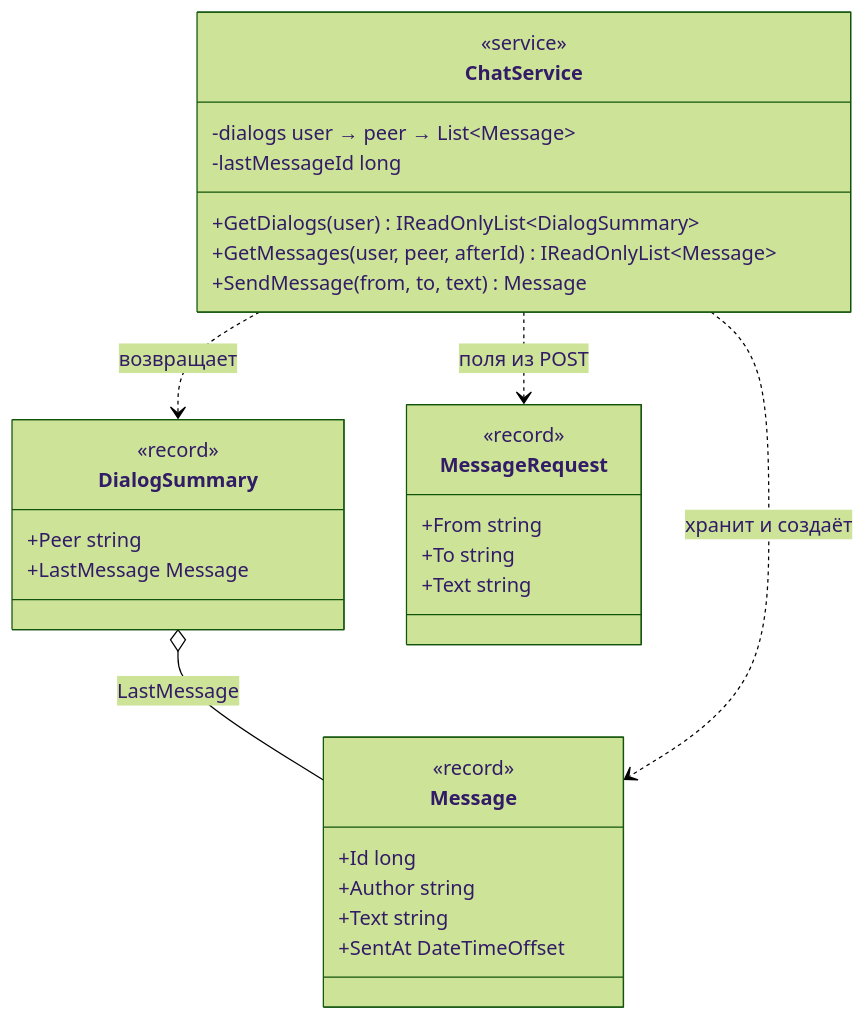
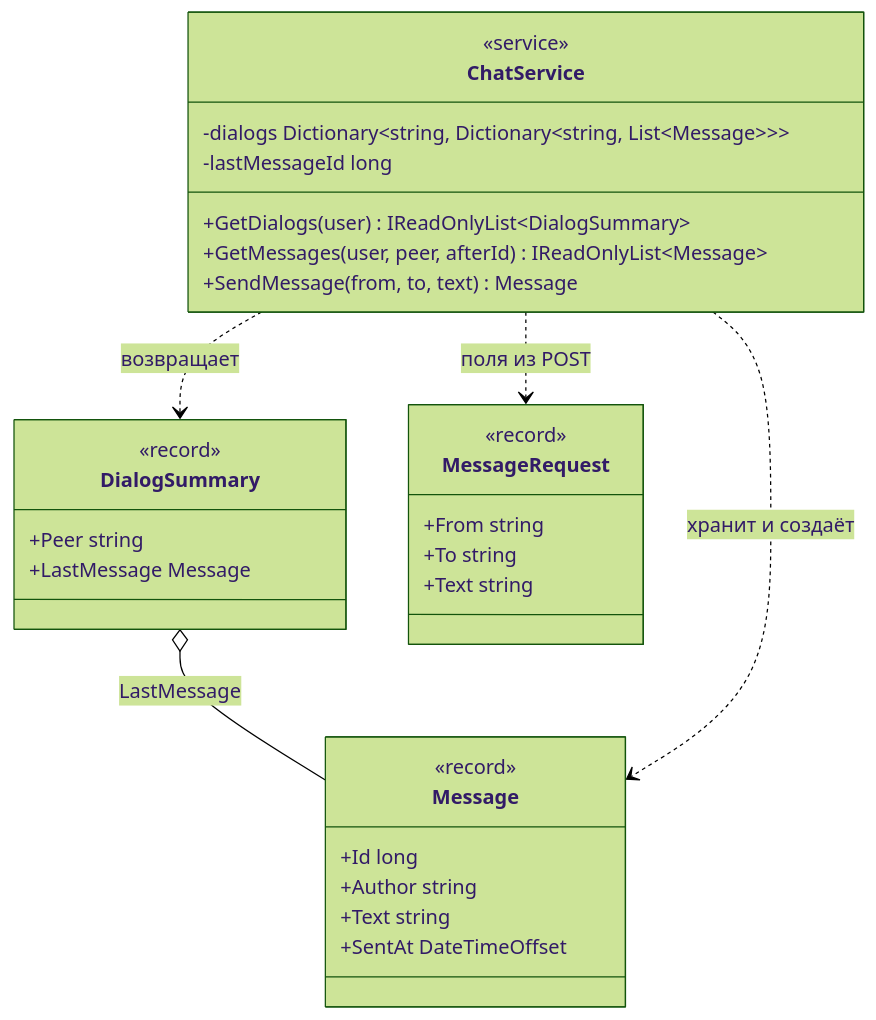
One commit to is-aidd-26/plain-old-messenger changed the diagram in docs/architecture/4-code.md. Above: the diagram before and after it, drawn with Mermaid (forest theme). The commit also changed other lines of this file and 10 other files, not shown here.

Commit message:
Доработал диаграммы

````diff
--- a/docs/architecture/4-code.md
+++ b/docs/architecture/4-code.md
@@ -5,34 +5,34 @@
 ```mermaid
 classDiagram
     class ChatService {
         <<service>>
-        -dialogs user → peer → List~Message~
+        -dialogs Dictionary&lt;string, Dictionary&lt;string, List&lt;Message&gt;&gt;&gt;
         -lastMessageId long
         +GetDialogs(user) IReadOnlyList~DialogSummary~
         +GetMessages(user, peer, afterId) IReadOnlyList~Message~
         +SendMessage(from, to, text) Message
     }
     class Message {
         <<record>>
         +Id long
         +Author string
         +Text string
         +SentAt DateTimeOffset
     }
     class DialogSummary {
         <<record>>
         +Peer string
         +LastMessage Message
     }
     class MessageRequest {
         <<record>>
         +From string
         +To string
         +Text string
     }
 
     DialogSummary o-- Message : LastMessage
     ChatService ..> Message : хранит и создаёт
     ChatService ..> DialogSummary : возвращает
     ChatService ..> MessageRequest : поля из POST
 ```
````
